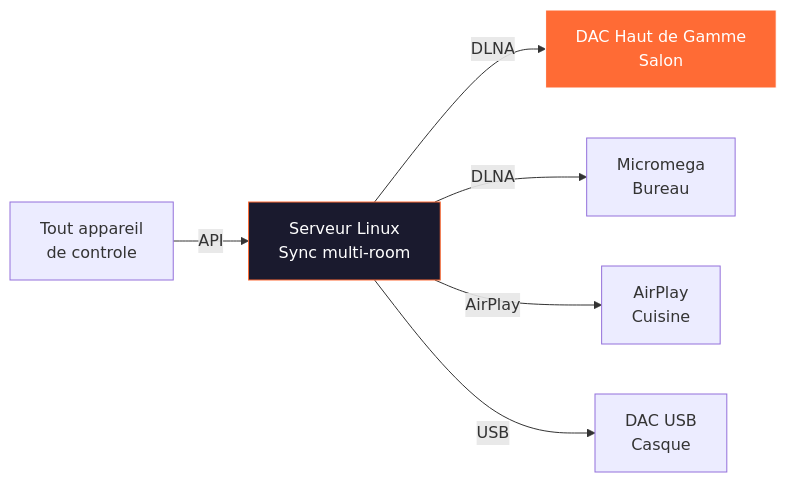
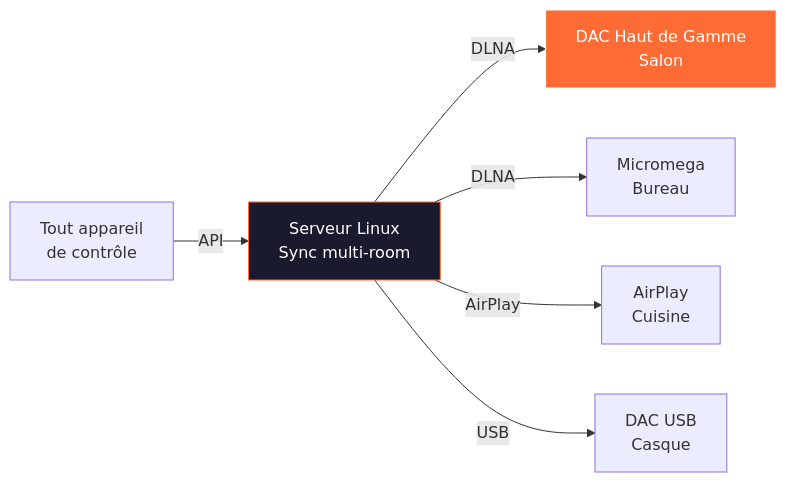
Before and after one commit to renesenses/tune-server-linux: the fourth of 9 diagrams in docs/tune-technical-presentation-amouroux-v2.md, drawn with Mermaid. The commit also changed other lines of this file, not shown here.

````diff
--- a/docs/tune-technical-presentation-amouroux-v2.md
+++ b/docs/tune-technical-presentation-amouroux-v2.md
@@ -204,10 +204,10 @@
 ```mermaid
 graph LR
-    CTRL["Tout appareil<br/>de controle"] -->|API| SRV["Serveur Linux<br/>Sync multi-room"]
+    CTRL["Tout appareil<br/>de contrôle"] -->|API| SRV["Serveur Linux<br/>Sync multi-room"]
     SRV -->|DLNA| TOT["DAC Haut de Gamme<br/>Salon"]
     SRV -->|DLNA| MICRO["Micromega<br/>Bureau"]
     SRV -->|AirPlay| AP["AirPlay<br/>Cuisine"]
     SRV -->|USB| USB["DAC USB<br/>Casque"]
     style SRV fill:#1a1a2e,stroke:#ff6b35,color:#fff
     style TOT fill:#ff6b35,stroke:#fff,color:#fff
 ```
````
